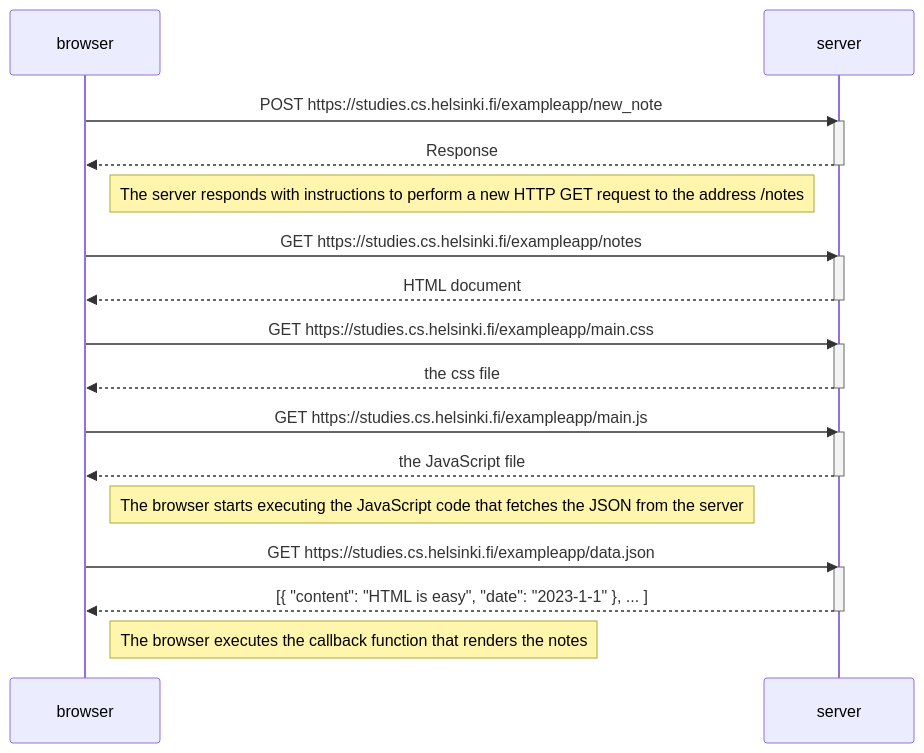
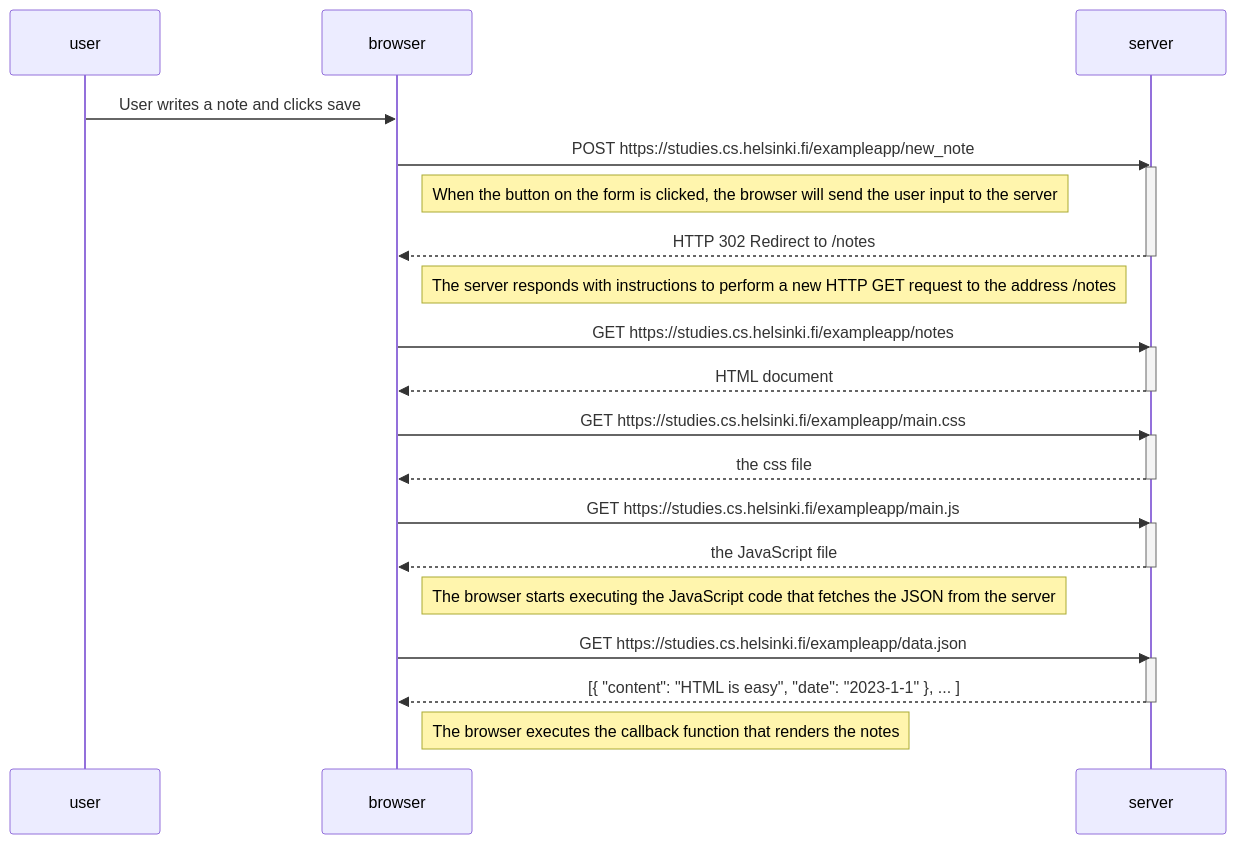
Before and after one commit to harindu-pe/fullstack-part0: the diagram in part0.4.md, drawn with Mermaid. The commit also changed 1 other file, not shown here.

Commit message:
part0.5 done

````diff
--- a/part0.4.md
+++ b/part0.4.md
@@ -1,36 +1,42 @@
 ```mermaid
 sequenceDiagram
-participant browser
-participant server
+    participant user
+    participant browser
+    participant server
+
+    user->>browser: User writes a note and clicks save
 
     browser->>server: POST https://studies.cs.helsinki.fi/exampleapp/new_note
     activate server
-    server-->>browser: Response
+
+    Note right of browser: When the button on the form is clicked, the browser will send the user input to the server
+
+    server-->>browser: HTTP 302 Redirect to /notes
     deactivate server
 
     Note right of browser: The server responds with instructions to perform a new HTTP GET request to the address /notes
 
     browser->>server: GET https://studies.cs.helsinki.fi/exampleapp/notes
     activate server
     server-->>browser: HTML document
     deactivate server
 
     browser->>server: GET https://studies.cs.helsinki.fi/exampleapp/main.css
     activate server
     server-->>browser: the css file
     deactivate server
 
     browser->>server: GET https://studies.cs.helsinki.fi/exampleapp/main.js
     activate server
     server-->>browser: the JavaScript file
     deactivate server
 
     Note right of browser: The browser starts executing the JavaScript code that fetches the JSON from the server
 
     browser->>server: GET https://studies.cs.helsinki.fi/exampleapp/data.json
     activate server
     server-->>browser: [{ "content": "HTML is easy", "date": "2023-1-1" }, ... ]
     deactivate server
 
     Note right of browser: The browser executes the callback function that renders the notes
 ```
````
